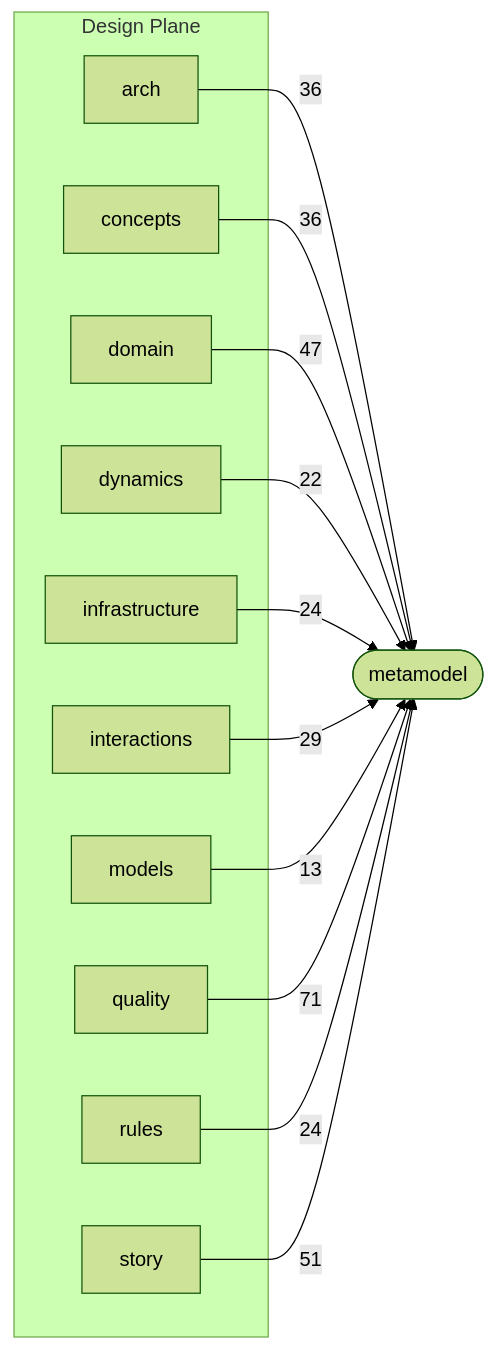
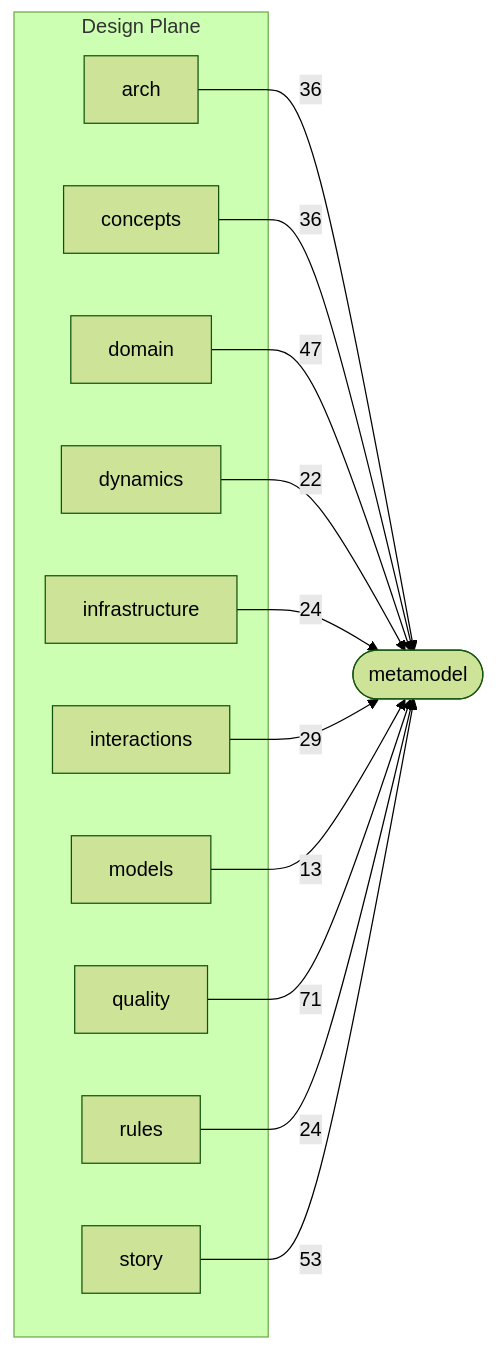
Before and after one commit to Archally/blueprint-schema: the second of 3 diagrams in docs/schema-atlas/v2.7/layer-map.md, drawn with Mermaid (forest theme). The commit also changed 4 other files, not shown here.

````diff
--- a/docs/schema-atlas/v2.7/layer-map.md
+++ b/docs/schema-atlas/v2.7/layer-map.md
@@ -90,26 +90,26 @@
 ```mermaid
 graph LR
     subgraph design_plane["Design Plane"]
         design_arch_schema_yaml["arch"]
         design_concepts_schema_yaml["concepts"]
         design_domain_schema_yaml["domain"]
         design_dynamics_schema_yaml["dynamics"]
         design_infrastructure_schema_yaml["infrastructure"]
         design_interactions_schema_yaml["interactions"]
         design_models_schema_yaml["models"]
         design_quality_schema_yaml["quality"]
         design_rules_schema_yaml["rules"]
         design_story_schema_yaml["story"]
     end
     metamodel_schema_yaml(["metamodel"])
     design_arch_schema_yaml -->|36| metamodel_schema_yaml
     design_concepts_schema_yaml -->|36| metamodel_schema_yaml
     design_domain_schema_yaml -->|47| metamodel_schema_yaml
     design_dynamics_schema_yaml -->|22| metamodel_schema_yaml
     design_infrastructure_schema_yaml -->|24| metamodel_schema_yaml
     design_interactions_schema_yaml -->|29| metamodel_schema_yaml
     design_models_schema_yaml -->|13| metamodel_schema_yaml
     design_quality_schema_yaml -->|71| metamodel_schema_yaml
     design_rules_schema_yaml -->|24| metamodel_schema_yaml
-    design_story_schema_yaml -->|51| metamodel_schema_yaml
+    design_story_schema_yaml -->|53| metamodel_schema_yaml
 ```
````
